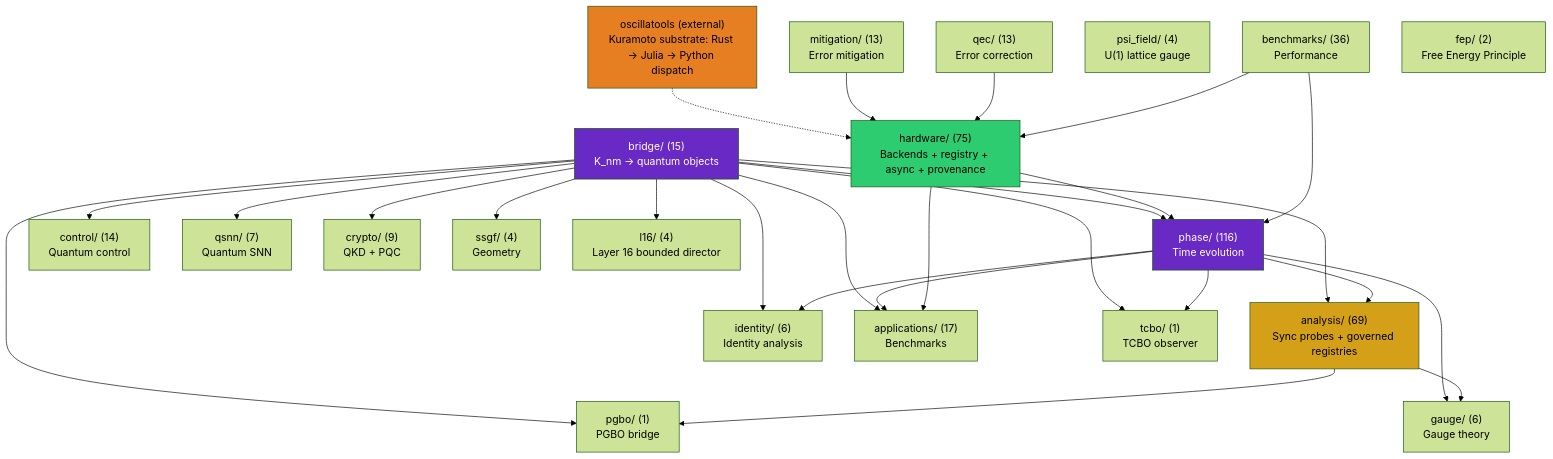
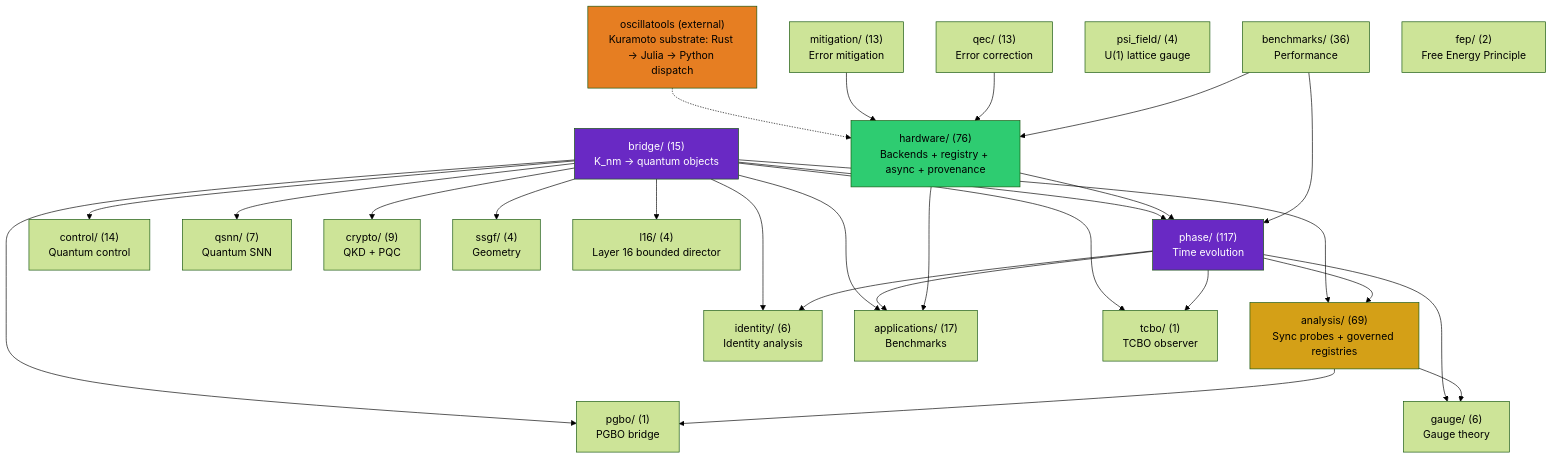
The first of 4 diagrams in docs/architecture.md (anulum/scpn-quantum-control), drawn with Mermaid (forest theme) before and after one commit. The commit also changed other lines of this file and 6 other files, not shown here.

````diff
--- a/docs/architecture.md
+++ b/docs/architecture.md
@@ -484,55 +484,55 @@
 ```mermaid
 graph TD
     bridge["bridge/ (15)\nK_nm → quantum objects"]
-    phase["phase/ (116)\nTime evolution"]
+    phase["phase/ (117)\nTime evolution"]
     analysis["analysis/ (69)\nSync probes + governed registries"]
     control["control/ (14)\nQuantum control"]
     qsnn["qsnn/ (7)\nQuantum SNN"]
     identity["identity/ (6)\nIdentity analysis"]
-    hardware["hardware/ (75)\nBackends + registry + async + provenance"]
+    hardware["hardware/ (76)\nBackends + registry + async + provenance"]
     mitigation["mitigation/ (13)\nError mitigation"]
     qec["qec/ (13)\nError correction"]
     gauge["gauge/ (6)\nGauge theory"]
     apps["applications/ (17)\nBenchmarks"]
     crypto["crypto/ (9)\nQKD + PQC"]
     benchmarks["benchmarks/ (36)\nPerformance"]
     ssgf["ssgf/ (4)\nGeometry"]
     psi_field["psi_field/ (4)\nU(1) lattice gauge"]
     oscillatools["oscillatools (external)\nKuramoto substrate: Rust → Julia → Python dispatch"]
     fep["fep/ (2)\nFree Energy Principle"]
     tcbo["tcbo/ (1)\nTCBO observer"]
     pgbo["pgbo/ (1)\nPGBO bridge"]
     l16["l16/ (4)\nLayer 16 bounded director"]
 
     bridge --> phase
     bridge --> analysis
     bridge --> control
     bridge --> qsnn
     bridge --> identity
     bridge --> apps
     bridge --> crypto
     bridge --> ssgf
     phase --> analysis
     phase --> identity
     phase --> apps
     phase --> gauge
     analysis --> gauge
     hardware --> phase
     hardware --> apps
     oscillatools -.-> hardware
     mitigation --> hardware
     qec --> hardware
     benchmarks --> phase
     benchmarks --> hardware
     bridge --> tcbo
     bridge --> pgbo
     bridge --> l16
     phase --> tcbo
     analysis --> pgbo
 
     style bridge fill:#6929C4,color:#fff
     style analysis fill:#d4a017,color:#000
     style phase fill:#6929C4,color:#fff
     style hardware fill:#2ecc71,color:#000
     style oscillatools fill:#e67e22,color:#000
 ```
````
